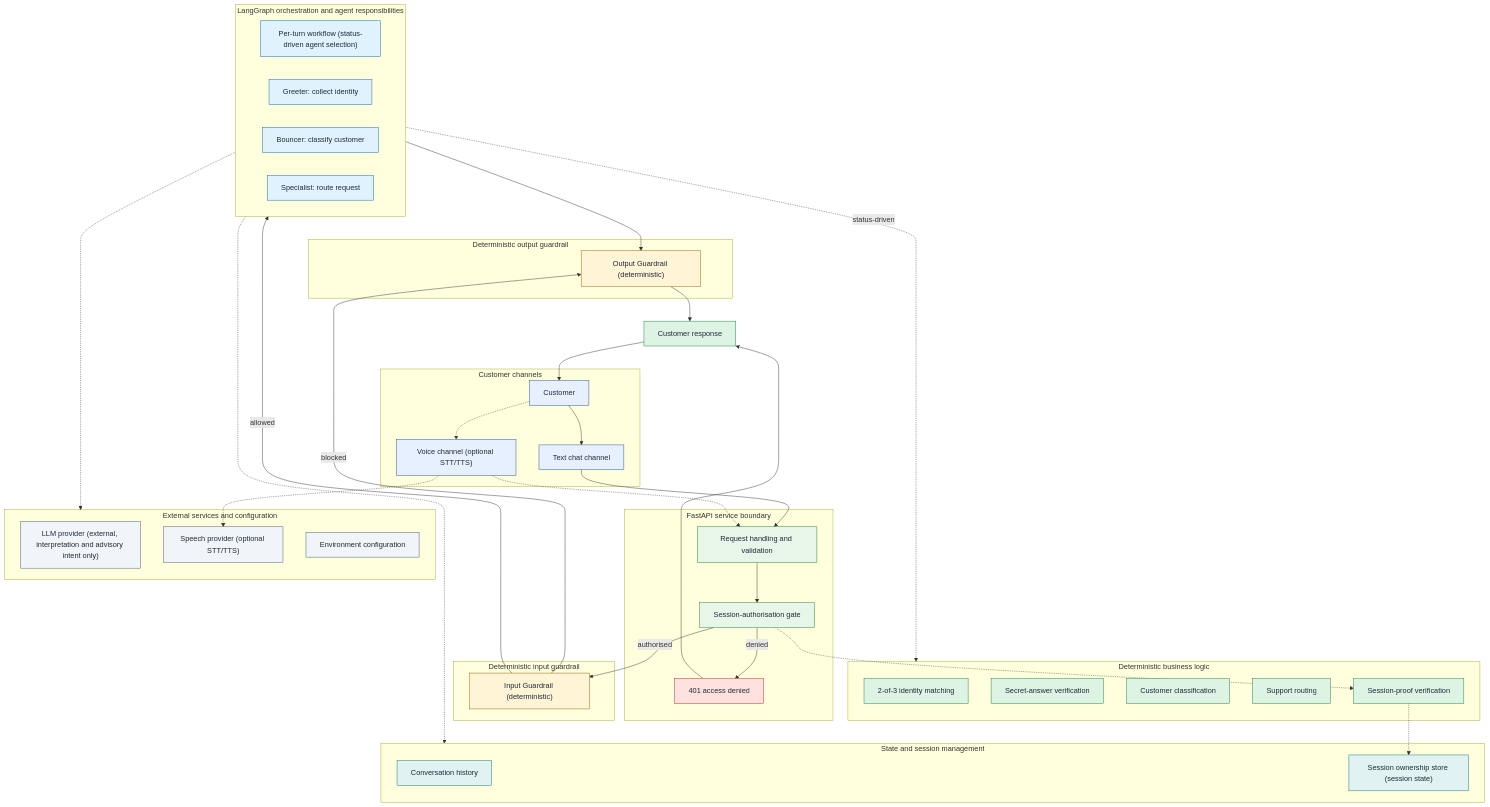
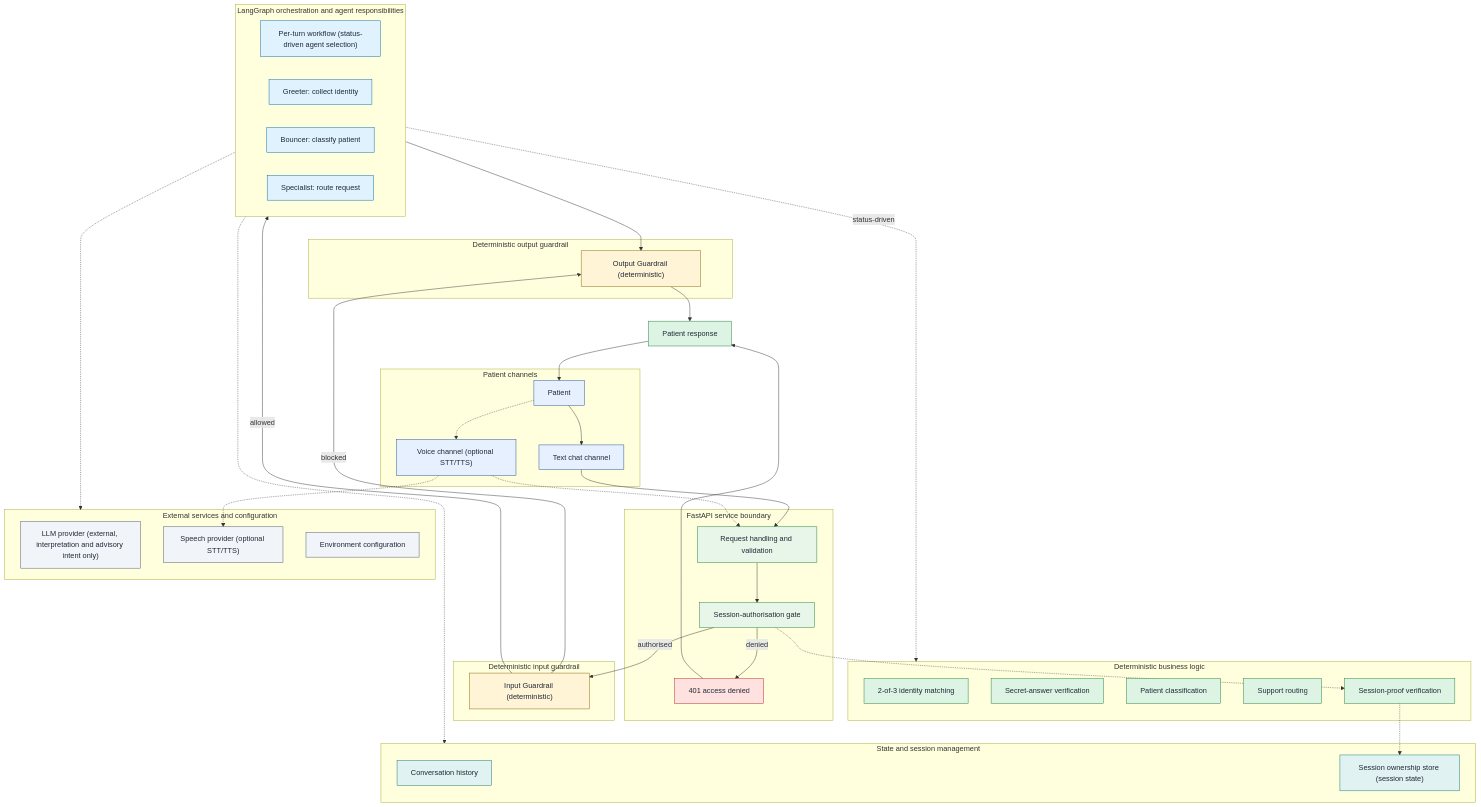
Before and after one commit to isabelSoares/agentflow-ai: the diagram in docs/system-diagram.md, drawn with Mermaid. The commit also changed other lines of this file and 91 other files, not shown here.

Commit message:
refactor: rename customer domain to patient

````diff
--- a/docs/system-diagram.md
+++ b/docs/system-diagram.md
@@ -13,7 +13,7 @@
 ```mermaid
 flowchart TB
-    subgraph Channels["Customer channels"]
-        customer["Customer"]
+    subgraph Channels["Patient channels"]
+        patient["Patient"]
         text_channel["Text chat channel"]
         voice_channel["Voice channel (optional STT/TTS)"]
     end
@@ -31,7 +31,7 @@
     subgraph Orchestration["LangGraph orchestration and agent responsibilities"]
         workflow["Per-turn workflow (status-driven agent selection)"]
         greeter["Greeter: collect identity"]
-        bouncer["Bouncer: classify customer"]
+        bouncer["Bouncer: classify patient"]
         specialist["Specialist: route request"]
     end
 
@@ -42,7 +42,7 @@
     subgraph Deterministic["Deterministic business logic"]
         matching["2-of-3 identity matching"]
         secret["Secret-answer verification"]
-        classification["Customer classification"]
+        classification["Patient classification"]
         routing["Support routing"]
         proof["Session-proof verification"]
     end
@@ -58,10 +58,10 @@
         config["Environment configuration"]
     end
 
-    response["Customer response"]
+    response["Patient response"]
 
-    customer --> text_channel
-    customer -.-> voice_channel
+    patient --> text_channel
+    patient -.-> voice_channel
     text_channel --> request_handler
     voice_channel -.-> request_handler
     request_handler --> session_gate
@@ -78,7 +78,7 @@
     voice_channel -.-> speech
     output_guard --> response
     deny --> response
-    response --> customer
+    response --> patient
 
     classDef channel fill:#E7F0FF,stroke:#1F4E8C,color:#1F2937
     classDef service fill:#E8F5E9,stroke:#1A7F37,color:#1F2937
@@ -90,7 +90,7 @@
     classDef blocked fill:#FFE2E0,stroke:#B42318,color:#1F2937
     classDef success fill:#DDF4E4,stroke:#1A7F37,color:#1F2937
 
-    class customer,text_channel,voice_channel channel
+    class patient,text_channel,voice_channel channel
     class request_handler,session_gate service
     class input_guard,output_guard guard
     class workflow,greeter,bouncer,specialist orchestration
````
